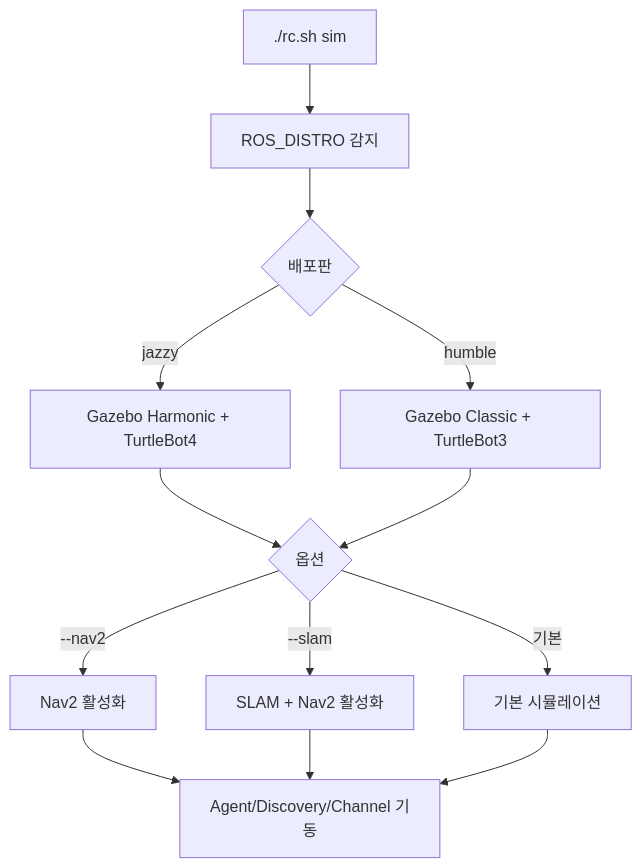
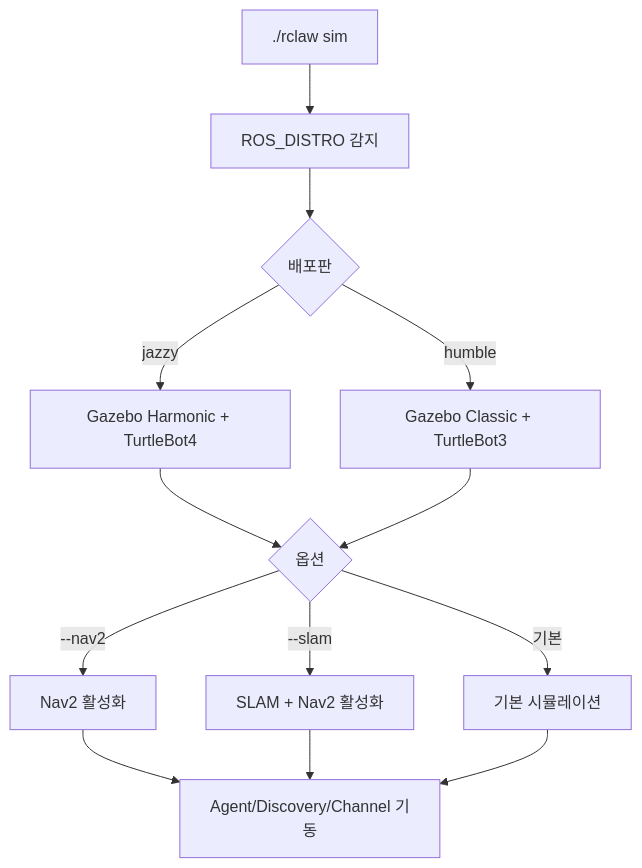
Before and after one commit to Open-Edge-Robotics/A.RobotAI-Robot-RoboClaw: the third of 3 diagrams in docs/opencode/flowchart.md, drawn with Mermaid. The commit also changed other lines of this file and 45 other files, not shown here.

````diff
--- a/docs/opencode/flowchart.md
+++ b/docs/opencode/flowchart.md
@@ -62,15 +44,15 @@
 ```mermaid
 flowchart TD
-    A[./rc.sh sim] --> B[ROS_DISTRO 감지]
+    A[./rclaw sim] --> B[ROS_DISTRO 감지]
     B --> C{배포판}
     C -->|jazzy| D[Gazebo Harmonic + TurtleBot4]
     C -->|humble| E[Gazebo Classic + TurtleBot3]
     D --> F{옵션}
     E --> F
     F -->|--nav2| G[Nav2 활성화]
     F -->|--slam| H[SLAM + Nav2 활성화]
     F -->|기본| I[기본 시뮬레이션]
     G --> J[Agent/Discovery/Channel 기동]
     H --> J
     I --> J
 ```
````
